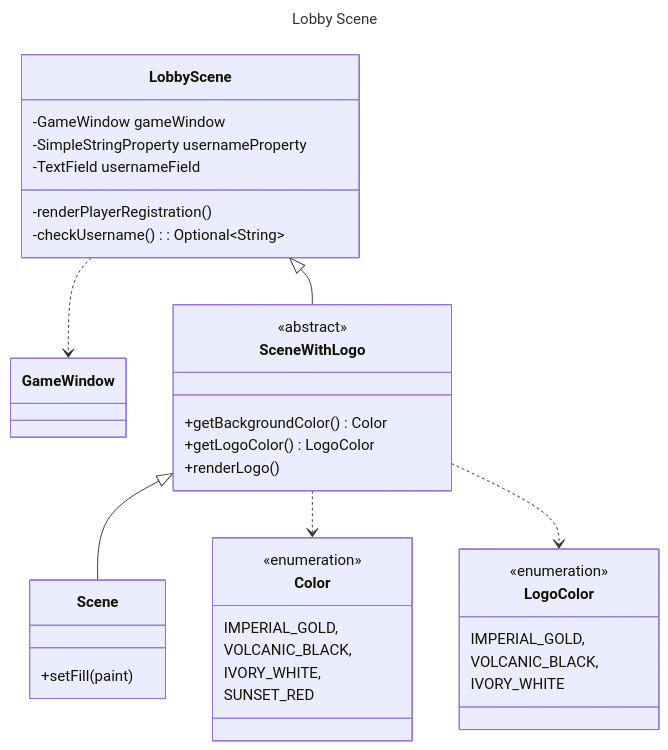
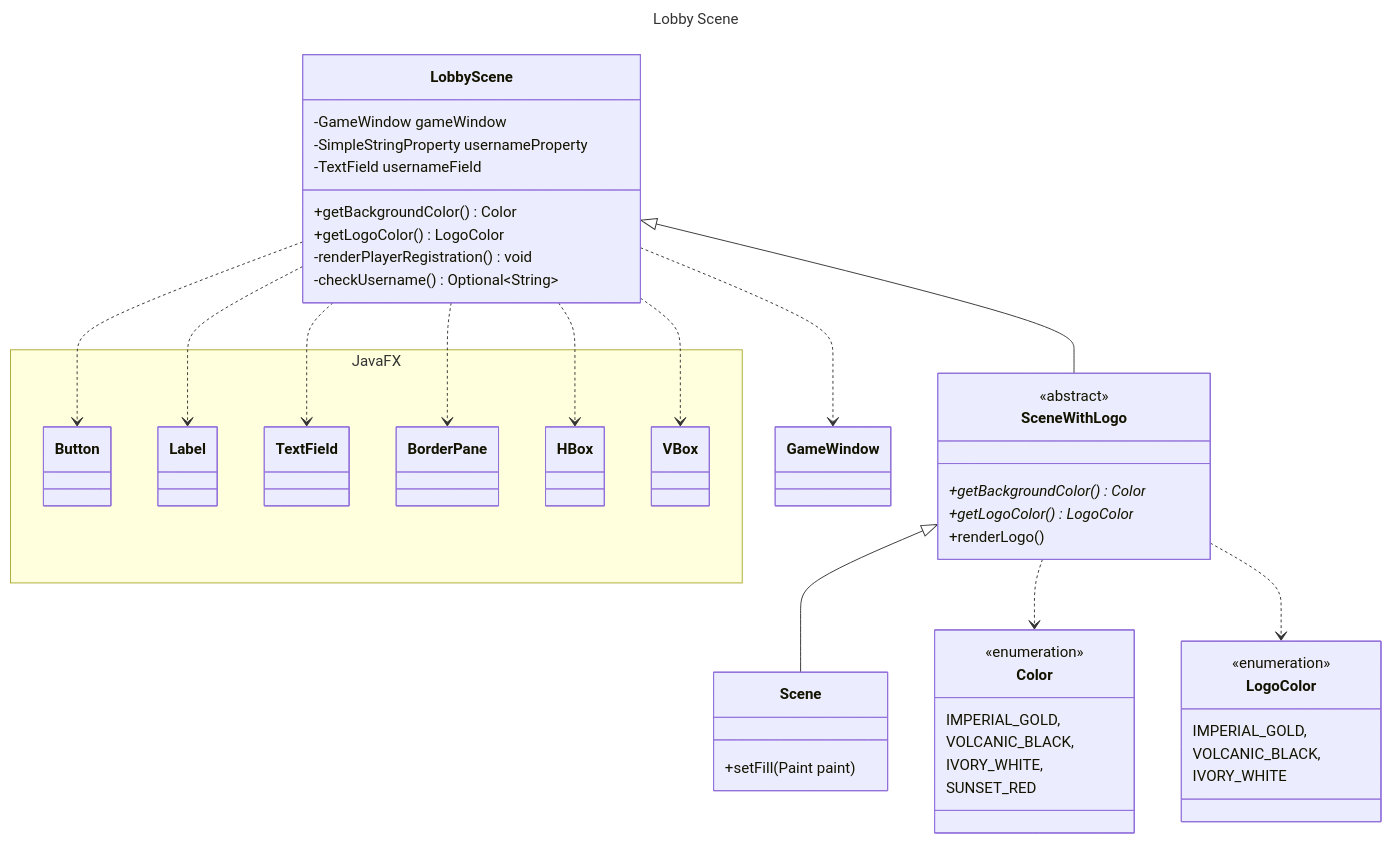
One commit to KevinTanjung/maharadja changed the diagram in src/main/java/edu/uph/learn/maharadja/ui/scene/LobbyScene.mermaid.md. Above: the diagram before and after it, drawn with Mermaid. The commit also changed 2 other files, not shown here.

Commit message:
docs: add documentation for EndScene

````diff
--- a/src/main/java/edu/uph/learn/maharadja/ui/scene/LobbyScene.mermaid.md
+++ b/src/main/java/edu/uph/learn/maharadja/ui/scene/LobbyScene.mermaid.md
@@ -1,43 +1,61 @@
 ```mermaid
 ---
 title: Lobby Scene
 ---
 
 classDiagram
+    namespace JavaFX {
+        class Button
+        class Label
+        class TextField
+        class BorderPane
+        class HBox
+        class VBox
+    }
+    
     class GameWindow
     class Color {
         <<enumeration>>
         IMPERIAL_GOLD,
         VOLCANIC_BLACK,
         IVORY_WHITE,
         SUNSET_RED
     }
     class LogoColor {
         <<enumeration>>
         IMPERIAL_GOLD,
         VOLCANIC_BLACK,
         IVORY_WHITE
     }
     class Scene {
-        +setFill(paint)
+        +setFill(Paint paint)
     }
     class SceneWithLogo {
         <<abstract>>
-        +getBackgroundColor() Color
-        +getLogoColor() LogoColor
+        +getBackgroundColor() Color*
+        +getLogoColor() LogoColor*
         +renderLogo()
     }
     class LobbyScene {
         -GameWindow gameWindow
         -SimpleStringProperty usernameProperty
         -TextField usernameField
-        -renderPlayerRegistration()
-        -checkUsername() : Optional~String~
+        +getBackgroundColor() Color
+        +getLogoColor() LogoColor
+        -renderPlayerRegistration() void
+        -checkUsername() Optional~String~
     }
     
     SceneWithLogo <|-- Scene
     LobbyScene <|-- SceneWithLogo
     LobbyScene ..> GameWindow
+    LobbyScene ..> Button
+    LobbyScene ..> Label
+    LobbyScene ..> TextField
+    LobbyScene ..> BorderPane
+    LobbyScene ..> HBox
+    LobbyScene ..> VBox
+    
     SceneWithLogo ..> Color
     SceneWithLogo ..> LogoColor
 ```
````
